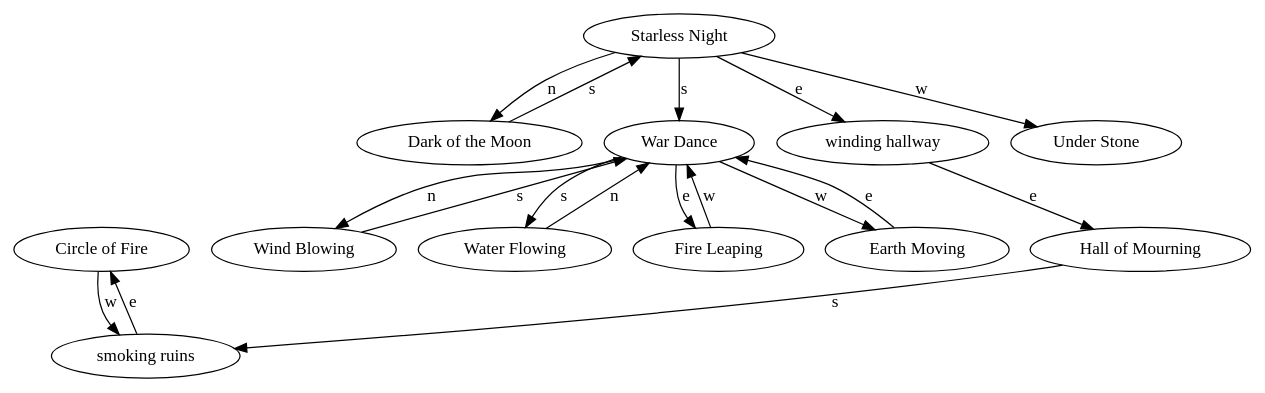
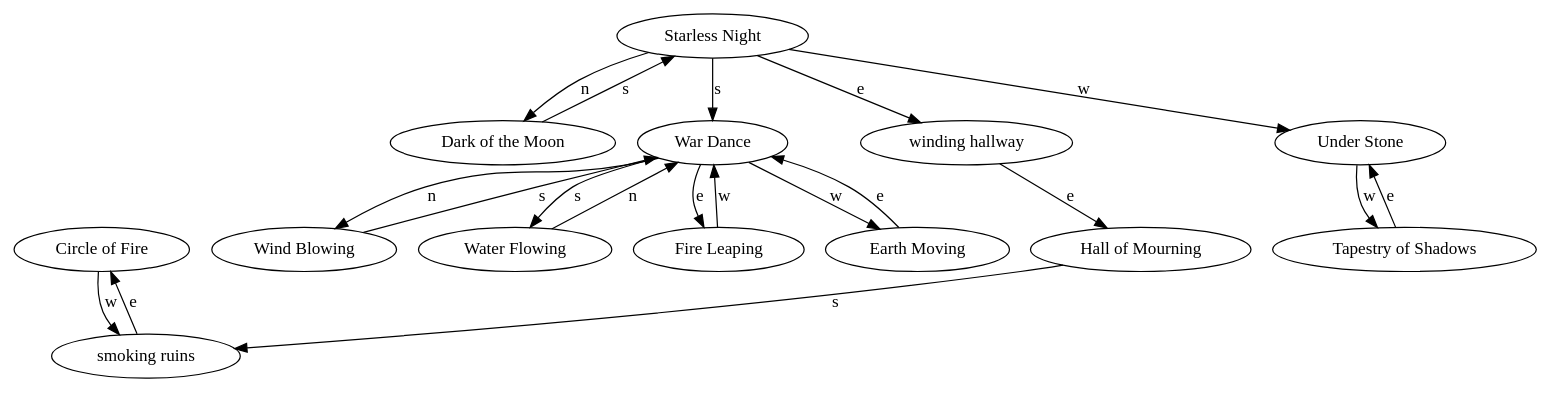
The diagram in utils/maps/smoking_ruins.dot (mcglincy/monster), drawn with Graphviz before and after one commit. The commit also changed 23 other files, not shown here.

```diff
--- a/utils/maps/smoking_ruins.dot
+++ b/utils/maps/smoking_ruins.dot
@@ -1,31 +1,34 @@
 digraph monster {
 room_10 [label="Circle of Fire"];
 room_10 -> room_28 [label="w"];
 room_28 [label="smoking ruins"];
 room_28 -> room_10 [label="e"];
 room_35 [label="Dark of the Moon"];
 room_35 -> room_36 [label="s"];
 room_36 [label="Starless Night"];
 room_36 -> room_35 [label="n"];
 room_36 -> room_40 [label="s"];
 room_36 -> room_90 [label="e"];
 room_36 -> room_269 [label="w"];
 room_40 [label="War Dance"];
 room_40 -> room_63 [label="n"];
 room_40 -> room_71 [label="s"];
 room_40 -> room_46 [label="e"];
 room_40 -> room_65 [label="w"];
 room_46 [label="Fire Leaping"];
 room_46 -> room_40 [label="w"];
 room_63 [label="Wind Blowing"];
 room_63 -> room_40 [label="s"];
 room_65 [label="Earth Moving"];
 room_65 -> room_40 [label="e"];
 room_71 [label="Water Flowing"];
 room_71 -> room_40 [label="n"];
 room_90 [label="winding hallway"];
 room_90 -> room_91 [label="e"];
 room_91 [label="Hall of Mourning"];
 room_91 -> room_28 [label="s"];
 room_269 [label="Under Stone"];
+room_269 -> room_270 [label="w"];
+room_270 [label="Tapestry of Shadows"];
+room_270 -> room_269 [label="e"];
 }
```
